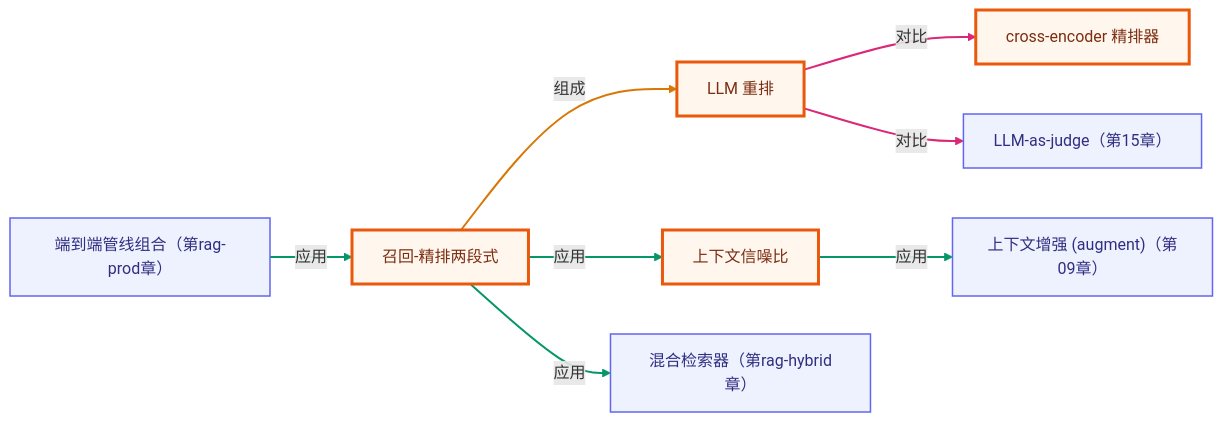
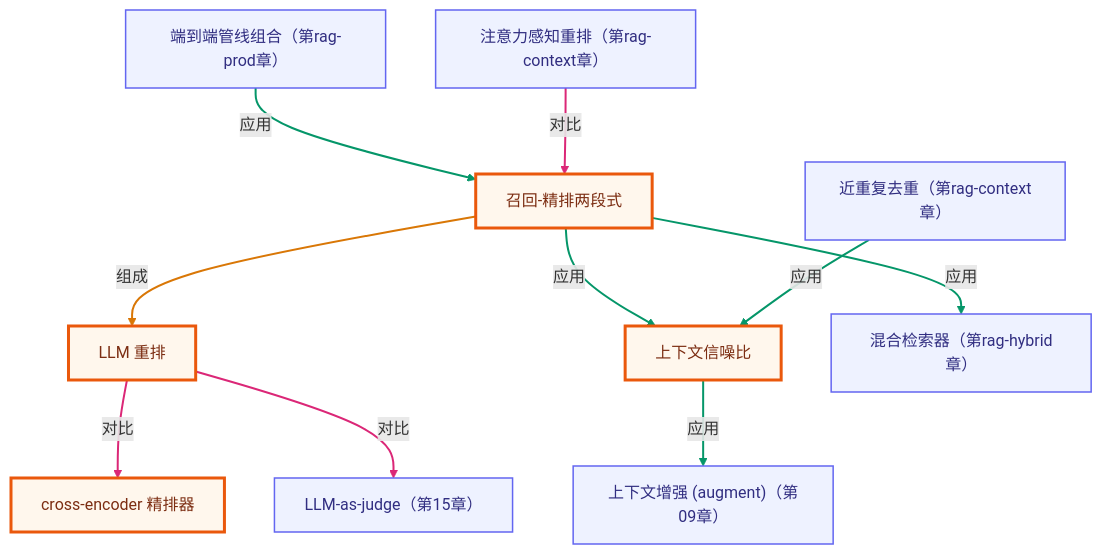
Before and after one commit to songuu/agent: the second of 2 diagrams in rag-advanced/03-reranking/README.md, drawn with Mermaid. The commit also changed other lines of this file and 22 other files, not shown here.

First line of the commit message:
Update knowledge graph and plans for RAG security and indexing enhancements

````diff
--- a/rag-advanced/03-reranking/README.md
+++ b/rag-advanced/03-reranking/README.md
@@ -149,29 +149,35 @@
 ```mermaid
-graph LR
+graph TB
   classDef own fill:#fff7ed,stroke:#ea580c,stroke-width:3px,color:#7c2d12;
   classDef cross fill:#eef2ff,stroke:#6366f1,stroke-width:1.5px,color:#312e81;
   n_cragrerank_recall_precision["召回-精排两段式"]
   n_cragrerank_llm_rerank["LLM 重排"]
   n_cragrerank_signal_to_noise["上下文信噪比"]
   n_cragrerank_cross_encoder["cross-encoder 精排器"]
   n_craghybrid_retriever["混合检索器（第rag-hybrid章）"]
   n_cragprod_pipeline_compose["端到端管线组合（第rag-prod章）"]
   n_c09_augment_prompt["上下文增强 (augment)（第09章）"]
   n_c15_llm_judge["LLM-as-judge（第15章）"]
+  n_cragctx_dedup["近重复去重（第rag-context章）"]
+  n_cragctx_reorder["注意力感知重排（第rag-context章）"]
   n_cragrerank_recall_precision -->|组成| n_cragrerank_llm_rerank
   n_cragrerank_recall_precision -->|应用| n_cragrerank_signal_to_noise
   n_cragrerank_llm_rerank -->|对比| n_cragrerank_cross_encoder
   n_cragrerank_recall_precision -->|应用| n_craghybrid_retriever
   n_cragprod_pipeline_compose -->|应用| n_cragrerank_recall_precision
   n_cragrerank_signal_to_noise -->|应用| n_c09_augment_prompt
   n_cragrerank_llm_rerank -->|对比| n_c15_llm_judge
+  n_cragctx_dedup -->|应用| n_cragrerank_signal_to_noise
+  n_cragctx_reorder -->|对比| n_cragrerank_recall_precision
   class n_cragrerank_recall_precision,n_cragrerank_llm_rerank,n_cragrerank_signal_to_noise,n_cragrerank_cross_encoder own;
-  class n_craghybrid_retriever,n_cragprod_pipeline_compose,n_c09_augment_prompt,n_c15_llm_judge cross;
+  class n_craghybrid_retriever,n_cragprod_pipeline_compose,n_c09_augment_prompt,n_c15_llm_judge,n_cragctx_dedup,n_cragctx_reorder cross;
   linkStyle 0 stroke:#d97706,stroke-width:2px;
   linkStyle 1 stroke:#059669,stroke-width:2px;
   linkStyle 2 stroke:#db2777,stroke-width:2px;
   linkStyle 3 stroke:#059669,stroke-width:2px;
   linkStyle 4 stroke:#059669,stroke-width:2px;
   linkStyle 5 stroke:#059669,stroke-width:2px;
   linkStyle 6 stroke:#db2777,stroke-width:2px;
+  linkStyle 7 stroke:#059669,stroke-width:2px;
+  linkStyle 8 stroke:#db2777,stroke-width:2px;
 ```
````
